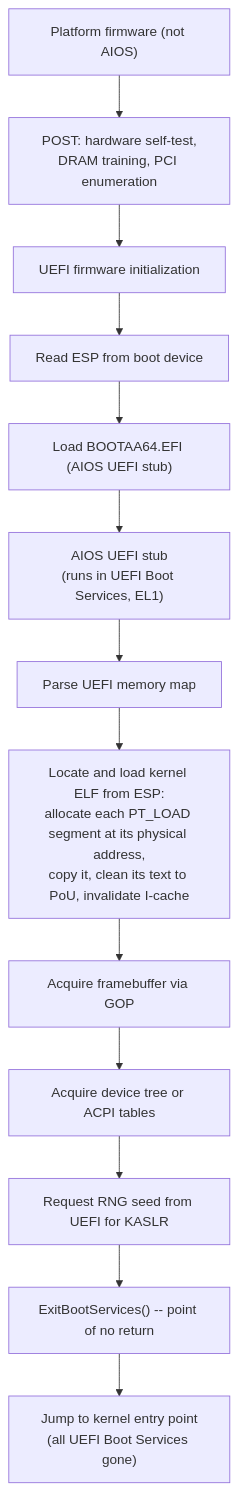
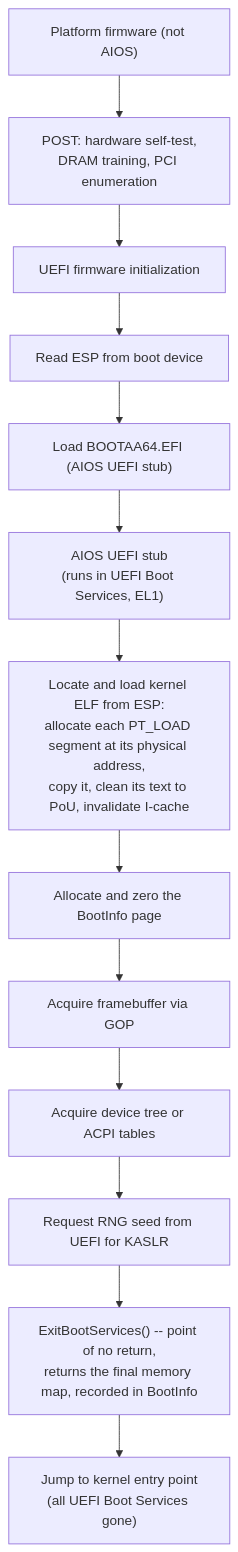
Before and after one commit to juslee/aios: the diagram in docs/kernel/boot/firmware.md, drawn with Mermaid. The commit also changed other lines of this file and 1 other file, not shown here.

Commit message:
Audit round 2: fix stub flowchart, DC walk contract, Linux credit in history
- docs/kernel/boot/firmware.md: the boot flowchart drops the "Parse UEFI
  memory map" step before LOAD_ELF, which the stub does not have. It adds
  the BootInfo page allocation between LOAD_ELF and GOP, as main.rs does,
  and the ExitBootServices node now says it returns the final memory map
  that goes into BootInfo. The BootInfo paragraph says the stub fills
  every field except the memory map before ExitBootServices and records
  the map afterwards.
- shared/src/cache.rs: dcache_line_addresses documents its use for by-VA
  clean and clean-and-invalidate ops only (DC CVAU, DC CVAC, DC CIVAC).
  It is not for DC IVAC, where the partial edge lines would lose dirty
  data outside the range, and not for DC ZVA, whose block size comes
  from DCZID_EL0.BS.
- Branch history (not pushed yet) was reworded with --fixup=reword and
  rebase --autosquash, and no tree changed. The uefi-stub commit's
  message no longer names Linux as the source of the sequence or of the
  PoU-only reach, and the round 1 message no longer points at that
  commit's old sha.

````diff
--- a/docs/kernel/boot/firmware.md
+++ b/docs/kernel/boot/firmware.md
@@ -16,22 +16,23 @@
 ```mermaid
 flowchart TD
     FW["Platform firmware (not AIOS)"] --> POST["`POST: hardware self-test,
 DRAM training, PCI enumeration`"]
     POST --> UEFI_INIT["UEFI firmware initialization"]
     UEFI_INIT --> ESP["Read ESP from boot device"]
     ESP --> LOAD_STUB["Load BOOTAA64.EFI (AIOS UEFI stub)"]
 
     LOAD_STUB --> STUB["`AIOS UEFI stub
 (runs in UEFI Boot Services, EL1)`"]
-    STUB --> PARSE["Parse UEFI memory map"]
-    PARSE --> LOAD_ELF["`Locate and load kernel ELF from ESP:
+    STUB --> LOAD_ELF["`Locate and load kernel ELF from ESP:
 allocate each PT_LOAD segment at its physical address,
 copy it, clean its text to PoU, invalidate I-cache`"]
-    LOAD_ELF --> GOP["Acquire framebuffer via GOP"]
+    LOAD_ELF --> BOOTINFO["Allocate and zero the BootInfo page"]
+    BOOTINFO --> GOP["Acquire framebuffer via GOP"]
     GOP --> DTB["Acquire device tree or ACPI tables"]
     DTB --> RNG["Request RNG seed from UEFI for KASLR"]
-    RNG --> EBS["ExitBootServices() -- point of no return"]
+    RNG --> EBS["`ExitBootServices() -- point of no return,
+returns the final memory map, recorded in BootInfo`"]
 
     EBS --> KERNEL["`Jump to kernel entry point
 (all UEFI Boot Services gone)`"]
 ```
````
